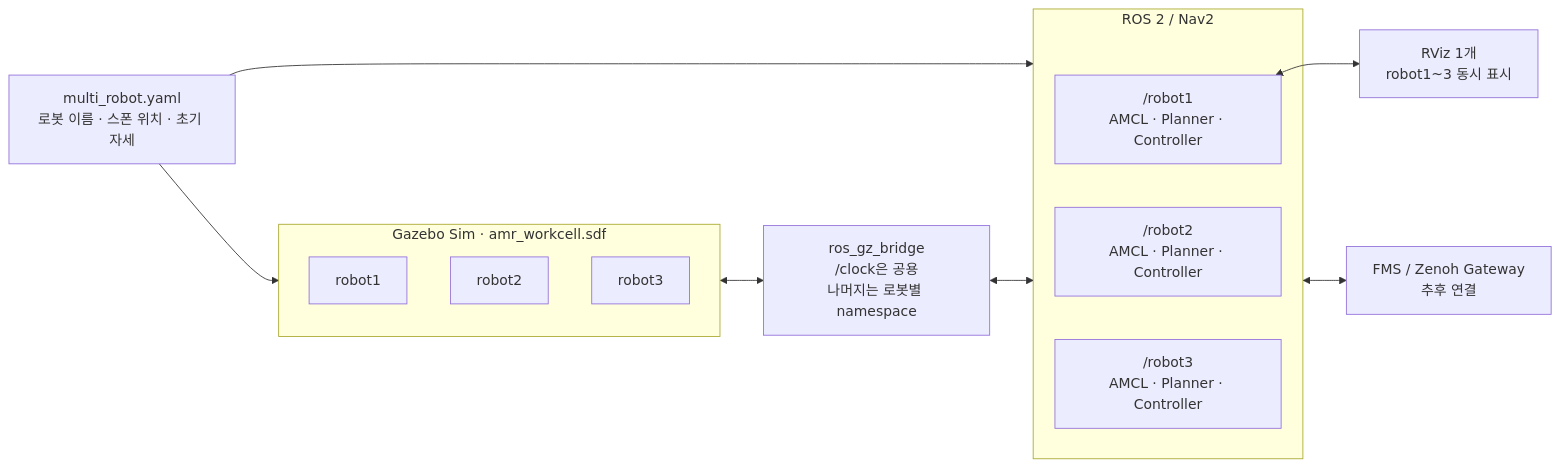
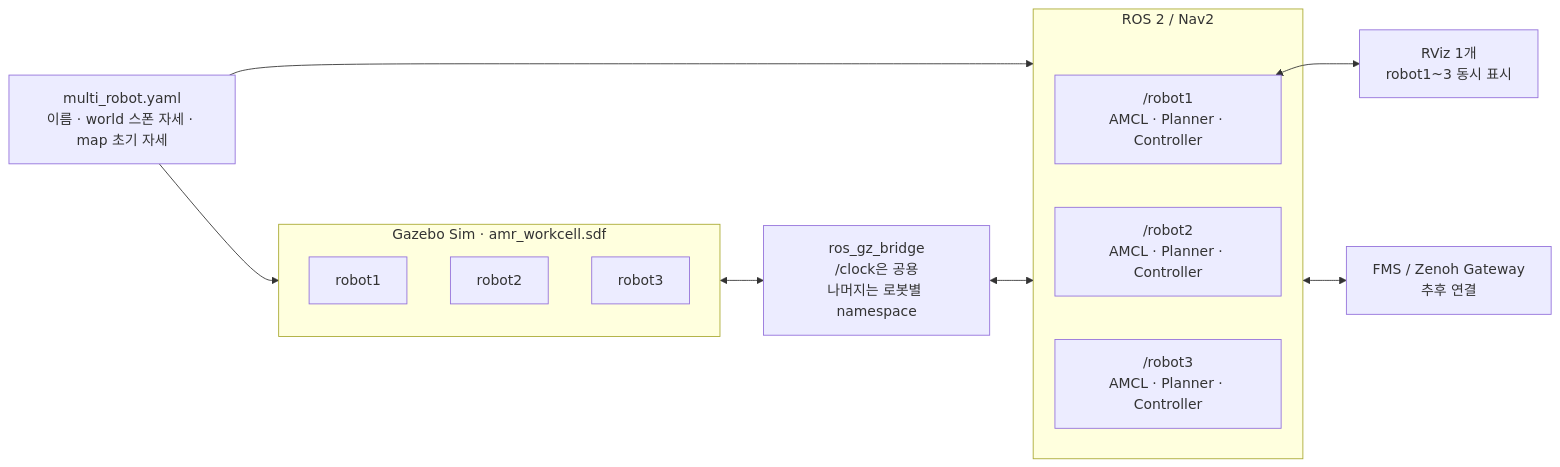
The diagram in docs/multi_robot_navigation.md (E1I6-Logistics/Logistics_AMR), drawn with Mermaid before and after one commit. The commit also changed other lines of this file and 32 other files, not shown here.

First line of the commit message:
feat(multi-robot): add multi-robot spawning in Gazebo & RViz2 , and route navigation

````diff
--- a/docs/multi_robot_navigation.md
+++ b/docs/multi_robot_navigation.md
@@ -9,28 +9,28 @@
 ```mermaid
 flowchart LR
-    CONFIG["multi_robot.yaml<br/>로봇 이름 · 스폰 위치 · 초기 자세"]
+    CONFIG["multi_robot.yaml<br/>이름 · world 스폰 자세 · map 초기 자세"]
 
     subgraph SIM["Gazebo Sim · amr_workcell.sdf"]
         GZ1["robot1"]
         GZ2["robot2"]
         GZ3["robot3"]
     end
 
     BRIDGE["ros_gz_bridge<br/>/clock은 공용<br/>나머지는 로봇별 namespace"]
 
     subgraph ROS["ROS 2 / Nav2"]
         N1["/robot1<br/>AMCL · Planner · Controller"]
         N2["/robot2<br/>AMCL · Planner · Controller"]
         N3["/robot3<br/>AMCL · Planner · Controller"]
     end
 
     RVIZ["RViz 1개<br/>robot1~3 동시 표시"]
     FMS["FMS / Zenoh Gateway<br/>추후 연결"]
 
     CONFIG --> SIM
     CONFIG --> ROS
     SIM <--> BRIDGE
     BRIDGE <--> ROS
     N1 <--> RVIZ
     ROS <--> FMS
 ```
````
